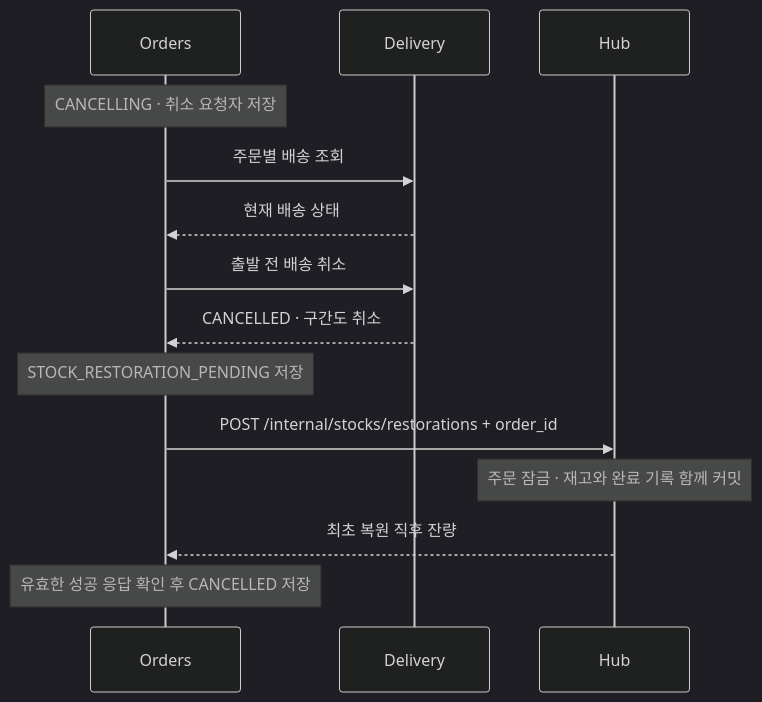
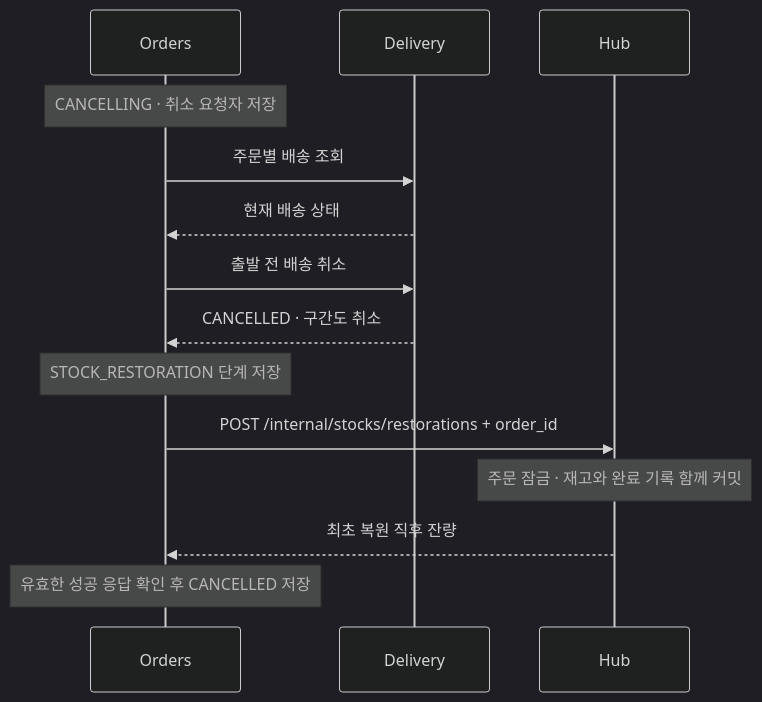
The second of 4 diagrams in orders/README.md (404notfound-team/logistics-msa), drawn with Mermaid (dark theme) before and after one commit. The commit also changed other lines of this file and 12 other files, not shown here.

````diff
--- a/orders/README.md
+++ b/orders/README.md
@@ -45,16 +45,16 @@
 ```mermaid
 sequenceDiagram
     participant O as Orders
     participant D as Delivery
     participant H as Hub
     Note over O: CANCELLING · 취소 요청자 저장
     O->>D: 주문별 배송 조회
     D-->>O: 현재 배송 상태
     O->>D: 출발 전 배송 취소
     D-->>O: CANCELLED · 구간도 취소
-    Note over O: STOCK_RESTORATION_PENDING 저장
+    Note over O: STOCK_RESTORATION 단계 저장
     O->>H: POST /internal/stocks/restorations + order_id
     Note over H: 주문 잠금 · 재고와 완료 기록 함께 커밋
     H-->>O: 최초 복원 직후 잔량
     Note over O: 유효한 성공 응답 확인 후 CANCELLED 저장
 ```
````
